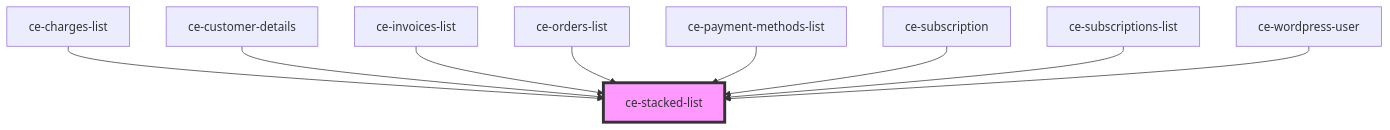
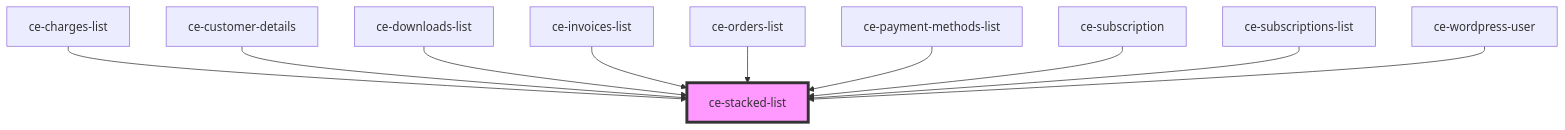
Before and after one commit to surecart/surecart-wp-plugin: the diagram in packages/components/src/components/ui/stacked-list/readme.md, drawn with Mermaid. The commit also changed other lines of this file and 29 other files, not shown here.

````diff
--- a/packages/components/src/components/ui/stacked-list/readme.md
+++ b/packages/components/src/components/ui/stacked-list/readme.md
@@ -22,12 +23,13 @@
 ```mermaid
 graph TD;
   ce-charges-list --> ce-stacked-list
   ce-customer-details --> ce-stacked-list
+  ce-downloads-list --> ce-stacked-list
   ce-invoices-list --> ce-stacked-list
   ce-orders-list --> ce-stacked-list
   ce-payment-methods-list --> ce-stacked-list
   ce-subscription --> ce-stacked-list
   ce-subscriptions-list --> ce-stacked-list
   ce-wordpress-user --> ce-stacked-list
   style ce-stacked-list fill:#f9f,stroke:#333,stroke-width:4px
 ```
````
